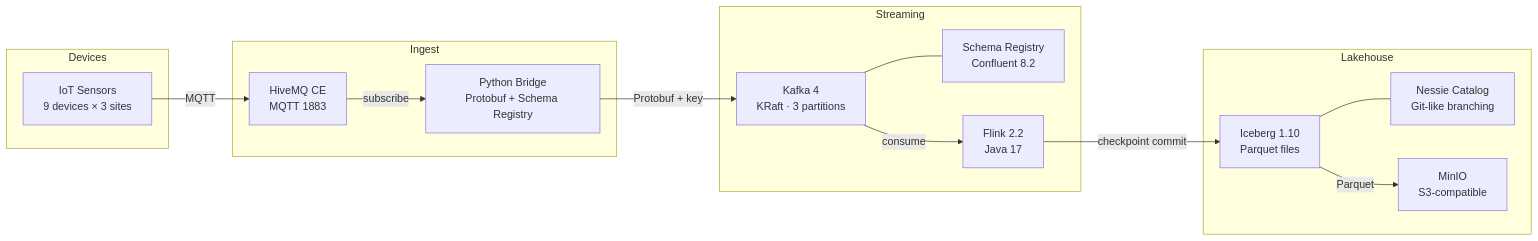
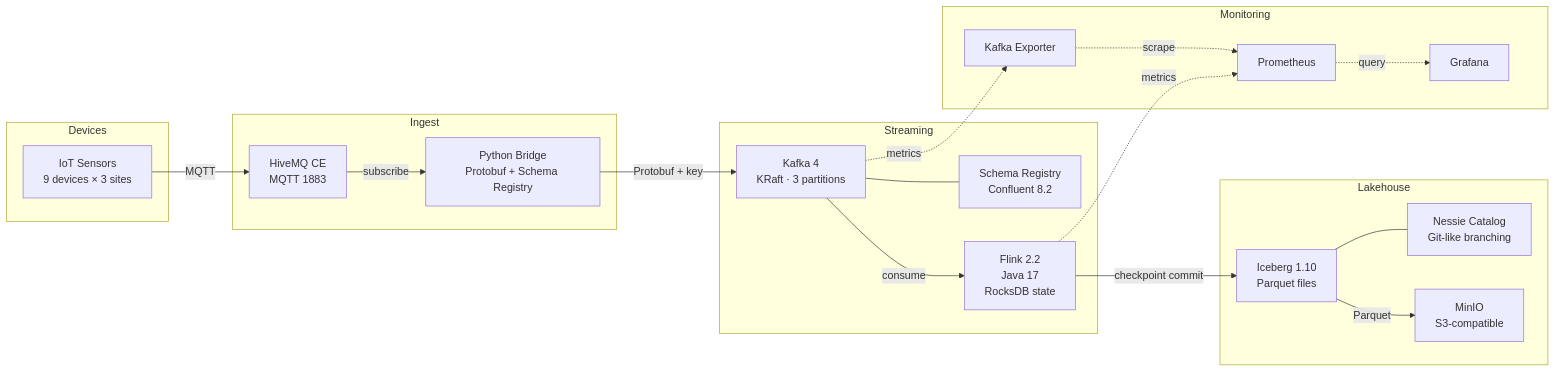
One commit to ghoshp83/iot-lakehouse-flink-iceberg changed the diagram in README.md. Above: the diagram before and after it, drawn with Mermaid. The commit also changed other lines of this file and 9 other files, not shown here.

First line of the commit message:
R5+R8: Flink state management, exactly-once delivery, and monitoring stack

````diff
--- a/README.md
+++ b/README.md
@@ -7,32 +7,42 @@
 ```mermaid
 flowchart LR
     subgraph Devices
         S[IoT Sensors<br/>9 devices × 3 sites]
     end
 
     subgraph Ingest
         HMQ[HiveMQ CE<br/>MQTT 1883]
         BR[Python Bridge<br/>Protobuf + Schema Registry]
     end
 
     subgraph Streaming
         K[Kafka 4<br/>KRaft · 3 partitions]
         SR[Schema Registry<br/>Confluent 8.2]
-        FL[Flink 2.2<br/>Java 17]
+        FL[Flink 2.2<br/>Java 17<br/>RocksDB state]
     end
 
     subgraph Lakehouse
         ICE[Iceberg 1.10<br/>Parquet files]
         NES[Nessie Catalog<br/>Git-like branching]
         MINIO[MinIO<br/>S3-compatible]
+    end
+
+    subgraph Monitoring
+        KE[Kafka Exporter]
+        PROM[Prometheus]
+        GRAF[Grafana]
     end
 
     S -->|MQTT| HMQ
     HMQ -->|subscribe| BR
     BR -->|Protobuf + key| K
     K --- SR
     K -->|consume| FL
     FL -->|checkpoint commit| ICE
     ICE --- NES
     ICE -->|Parquet| MINIO
+    K -.->|metrics| KE
+    FL -.->|metrics| PROM
+    KE -.->|scrape| PROM
+    PROM -.->|query| GRAF
 ```
````
